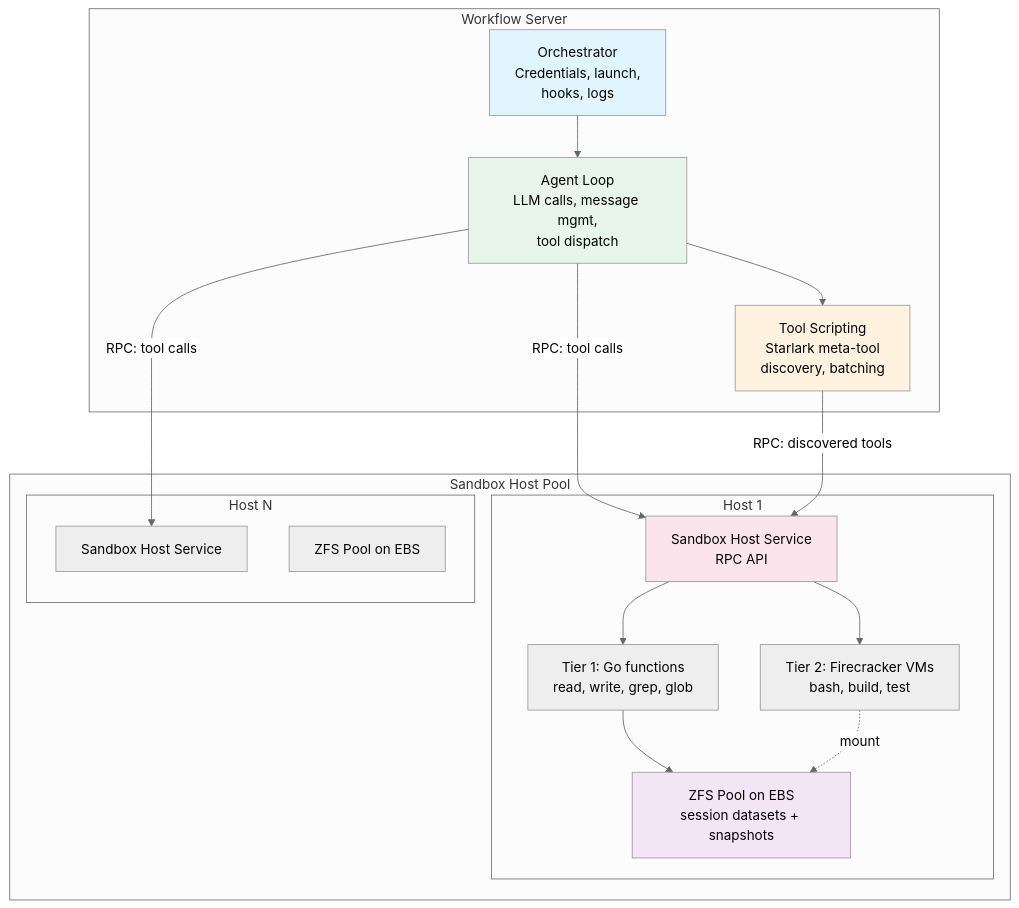
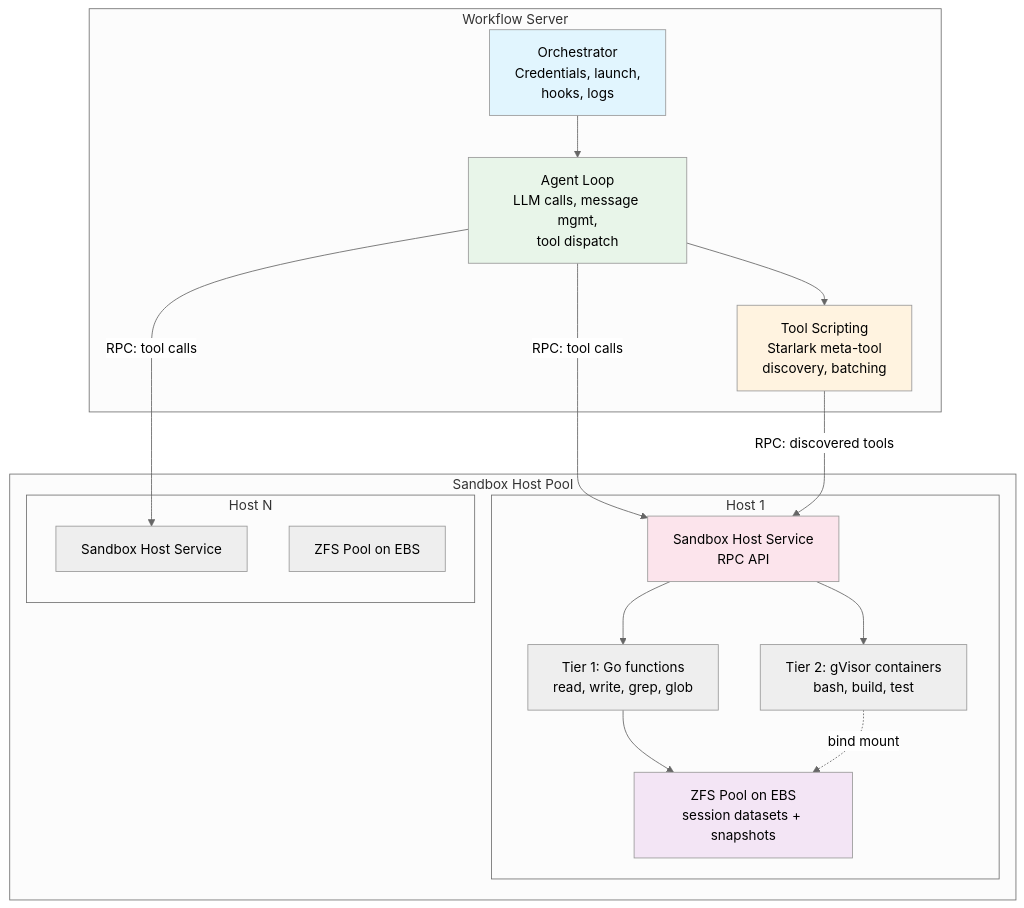
Before and after one commit to dcosson/flex-agent-runtime: the first of 3 diagrams in docs/shaping/agent-runtime.md, drawn with Mermaid (neutral theme). The commit also changed other lines of this file, not shown here.

First line of the commit message:
Switch sandbox isolation from Firecracker to gVisor

````diff
--- a/docs/shaping/agent-runtime.md
+++ b/docs/shaping/agent-runtime.md
@@ -276,38 +275,38 @@
 ```mermaid
 graph TB
     subgraph "Workflow Server"
         ORCH[Orchestrator<br/>Credentials, launch,<br/>hooks, logs]
         AL[Agent Loop<br/>LLM calls, message mgmt,<br/>tool dispatch]
         TS[Tool Scripting<br/>Starlark meta-tool<br/>discovery, batching]
     end
 
     subgraph "Sandbox Host Pool"
         subgraph "Host 1"
             SHS1[Sandbox Host Service<br/>RPC API]
             ZFS1[ZFS Pool on EBS<br/>session datasets + snapshots]
             T1_1[Tier 1: Go functions<br/>read, write, grep, glob]
-            T2_1[Tier 2: Firecracker VMs<br/>bash, build, test]
+            T2_1[Tier 2: gVisor containers<br/>bash, build, test]
             SHS1 --> T1_1
             SHS1 --> T2_1
             T1_1 --> ZFS1
-            T2_1 -.->|mount| ZFS1
+            T2_1 -.->|bind mount| ZFS1
         end
 
         subgraph "Host N"
             SHS2[Sandbox Host Service]
             ZFS2[ZFS Pool on EBS]
         end
     end
 
     ORCH --> AL
     AL --> TS
     AL -->|"RPC: tool calls"| SHS1
     TS -->|"RPC: discovered tools"| SHS1
     AL -->|"RPC: tool calls"| SHS2
 
     style ORCH fill:#e1f5fe
     style AL fill:#e8f5e9
     style TS fill:#fff3e0
     style SHS1 fill:#fce4ec
     style ZFS1 fill:#f3e5f5
 ```
````
